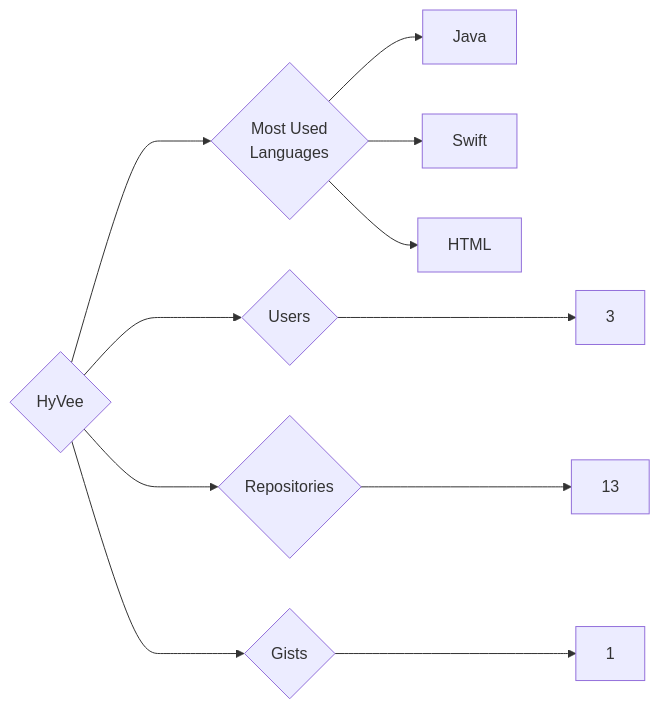
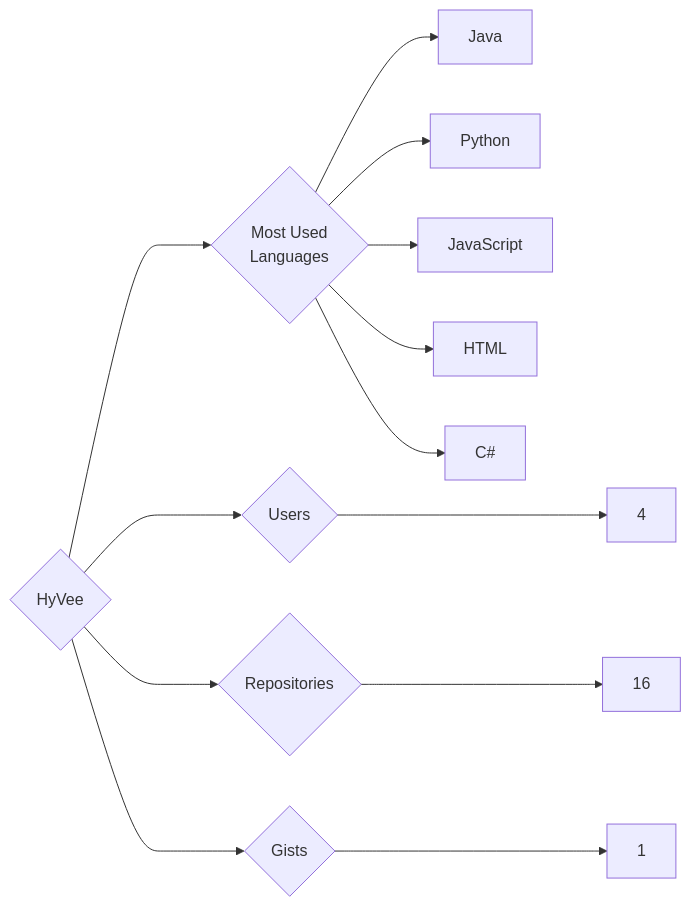
One commit to trickest/insiders changed the diagram in targets/HyVee/README.md. Above: the diagram before and after it, drawn with Mermaid. The commit also changed 985 other files, not shown here.

````diff
--- a/targets/HyVee/README.md
+++ b/targets/HyVee/README.md
@@ -3,11 +3,13 @@
 ```mermaid
 graph LR
 COMPANY_NAME{HyVee}
-COMPANY_NAME ---> U{Users} ---> UN[3]
-COMPANY_NAME ---> R{Repositories} ---> RN[13]
+COMPANY_NAME ---> U{Users} ---> UN[4]
+COMPANY_NAME ---> R{Repositories} ---> RN[16]
 COMPANY_NAME ---> G{Gists} ---> GN[1]
 COMPANY_NAME ---> ML{Most Used<br>Languages}
 ML --> Java[Java]
-ML --> Swift[Swift]
+ML --> Python[Python]
+ML --> JavaScript[JavaScript]
 ML --> HTML[HTML]
+ML --> C#[C#]
 ```
````
